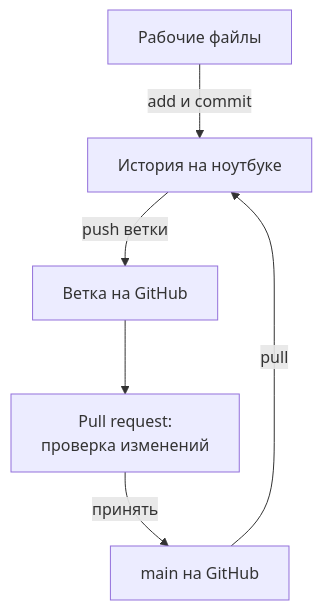
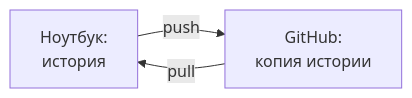
Before and after one commit to distinguished-sre/learning: the first of 4 diagrams in load-tester/03-git/02-github.md, drawn with Mermaid. The commit also changed other lines of this file and 462 other files, not shown here.

````diff
--- a/load-tester/03-git/02-github.md
+++ b/load-tester/03-git/02-github.md
@@ -39,8 +29,5 @@
 ```mermaid
-flowchart TD
-    W["Рабочие файлы"] -->|"add и commit"| L["История на ноутбуке"]
-    L -->|"push ветки"| R["Ветка на GitHub"]
-    R --> P["Pull request:<br/>проверка изменений"]
-    P -->|"принять"| M["main на GitHub"]
-    M -->|"pull"| L
+flowchart LR
+    L["Ноутбук:<br/>история"] -->|"push"| G["GitHub:<br/>копия истории"]
+    G -->|"pull"| L
 ```
````
